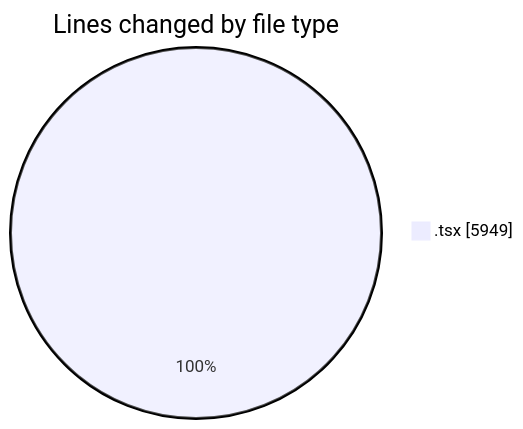
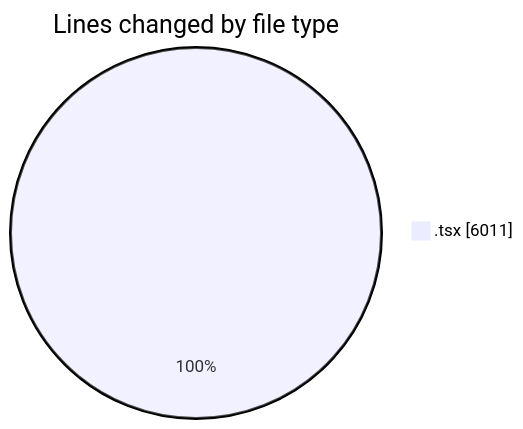
Before and after one commit to momahboobian/code-tracking: the first of 2 diagrams in 2025-12-04/cda/README.md, drawn with Mermaid. The commit also changed other lines of this file and 1 other file, not shown here.

````diff
--- a/2025-12-04/cda/README.md
+++ b/2025-12-04/cda/README.md
@@ -22,5 +22,5 @@
 ```mermaid
 pie showData
 title Lines changed by file type
-".tsx" : 5949
+".tsx" : 6011
 ```
````
